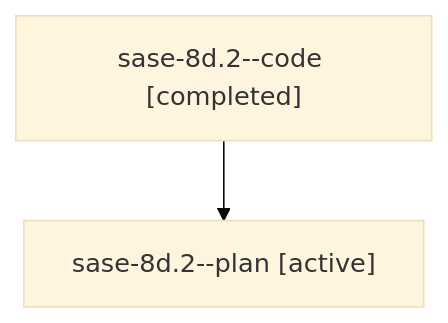
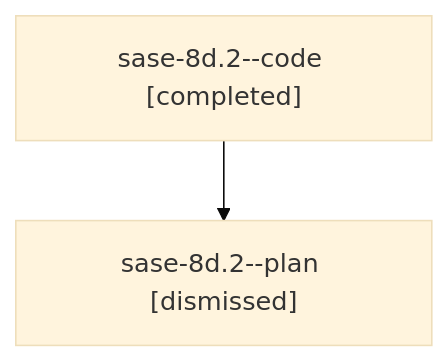
Before and after one commit to sase-org/sase--agents: the diagram in sessions/bbugyi200.athena.sase-8d.2.md, drawn with Mermaid (base theme). The commit also changed other lines of this file and 82 other files, not shown here.

````diff
--- a/sessions/bbugyi200.athena.sase-8d.2.md
+++ b/sessions/bbugyi200.athena.sase-8d.2.md
@@ -9,6 +9,6 @@
 ```mermaid
 flowchart TD
   n0["sase-8d.2--code [completed]"]
-  n1["sase-8d.2--plan [active]"]
+  n1["sase-8d.2--plan [dismissed]"]
   n0 --> n1
 ```
````
